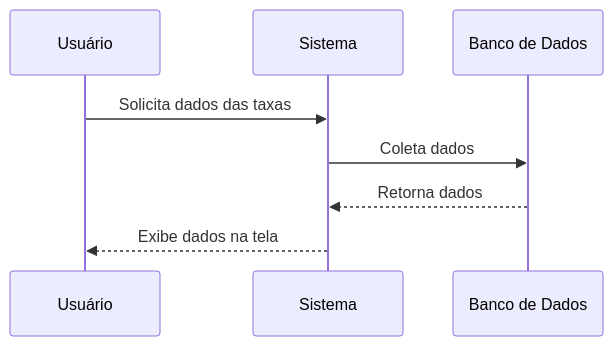
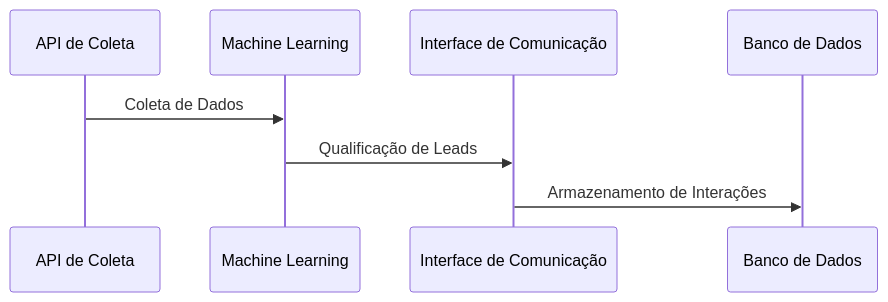
Before and after one commit to moroni-silva/moroni-teste: the diagram in docs/02_arquitetura.md, drawn with Mermaid. The commit also changed other lines of this file, not shown here.

````diff
--- a/docs/02_arquitetura.md
+++ b/docs/02_arquitetura.md
@@ -36,11 +25,11 @@
 ```mermaid
 sequenceDiagram
-    participant U as Usuário
-    participant S as Sistema
+    participant API as API de Coleta
+    participant ML as Machine Learning
+    participant INTER as Interface de Comunicação
     participant DB as Banco de Dados
 
-    U->>S: Solicita dados das taxas
-    S->>DB: Coleta dados
-    DB-->>S: Retorna dados
-    S-->>U: Exibe dados na tela
+    API->>ML: Coleta de Dados
+    ML->>INTER: Qualificação de Leads
+    INTER->>DB: Armazenamento de Interações
 ```
````
